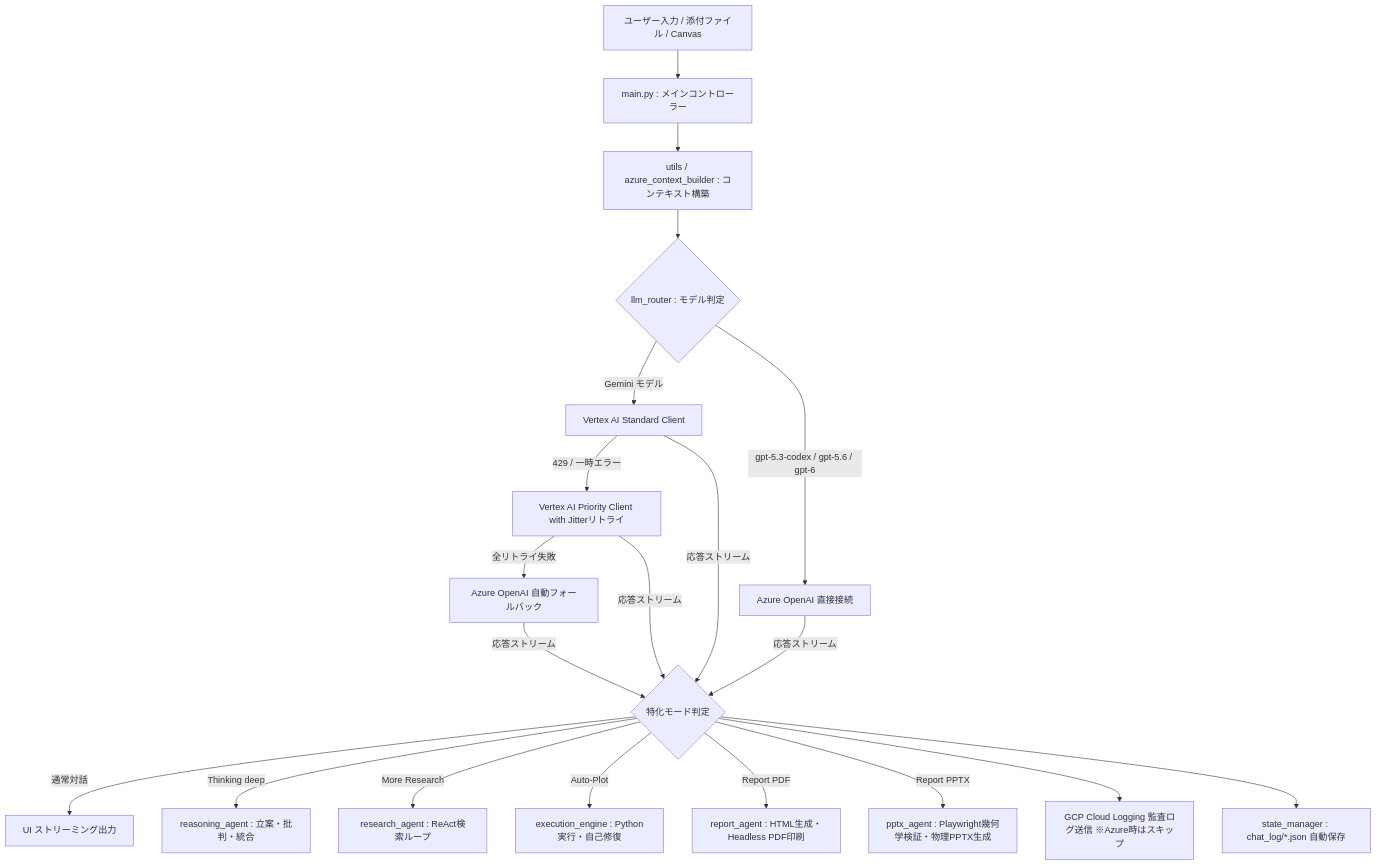
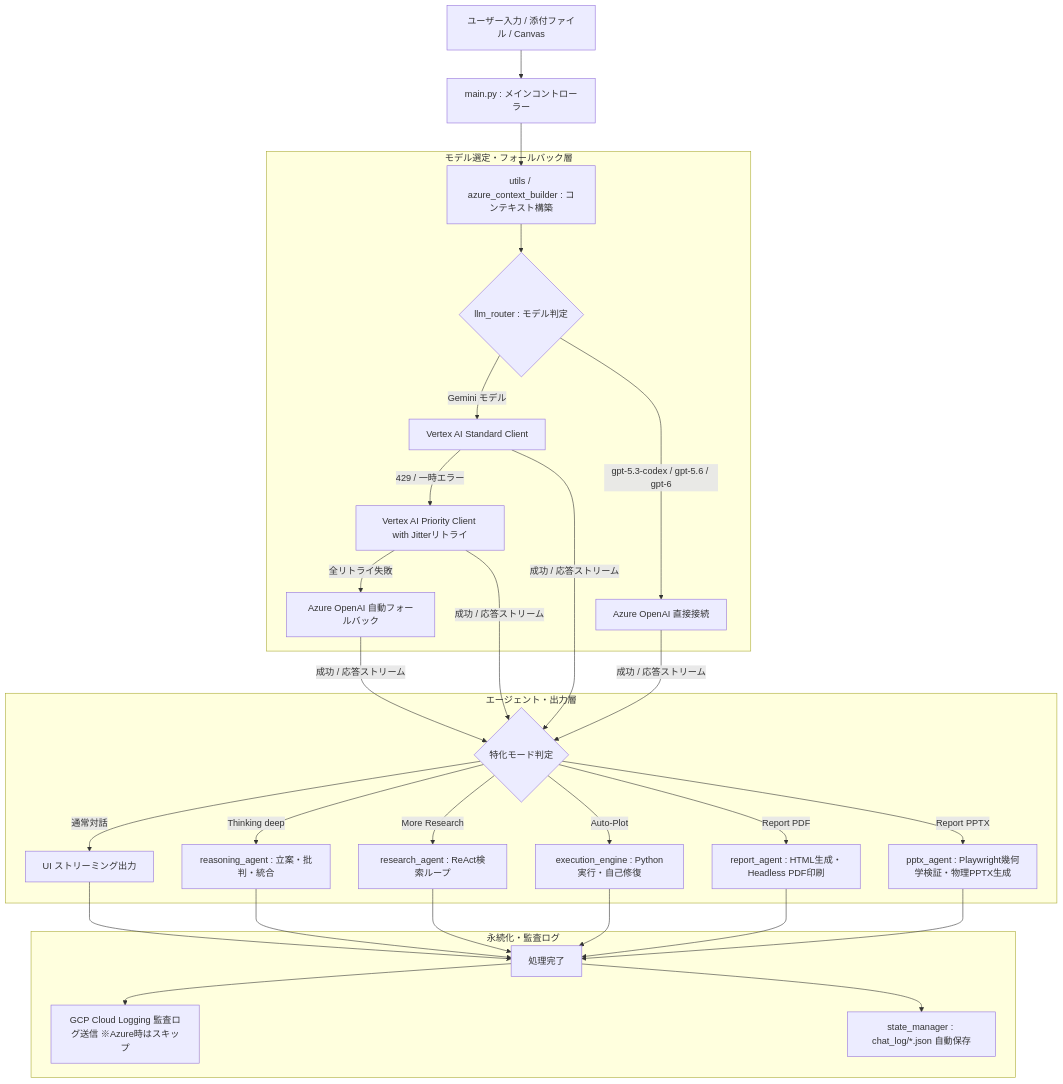
One commit to yoichi-1984/GP-chat_With_Streamlit changed the diagram in README.md. Above: the diagram before and after it, drawn with Mermaid.

Commit message:
refactor(docs): README.md の Mermaid をサブグラフ構造・共通後処理フローに整理し NBSP を完全排除

````diff
--- a/README.md
+++ b/README.md
@@ -64,27 +64,34 @@
 ```mermaid
 flowchart TD
     User["ユーザー入力 / 添付ファイル / Canvas"] --> Main["main.py : メインコントローラー"]
     Main --> Builder["utils / azure_context_builder : コンテキスト構築"]
     
-    Builder --> Router{"llm_router : モデル判定"}
-    Router -->|Gemini モデル| StandardClient["Vertex AI Standard Client"]
-    Router -->|gpt-5.3-codex / gpt-5.6 / gpt-6| AzureDirect["Azure OpenAI 直接接続"]
-    
-    StandardClient -->|429 / 一時エラー| PriorityClient["Vertex AI Priority Client with Jitterリトライ"]
-    PriorityClient -->|全リトライ失敗| AzureFallback["Azure OpenAI 自動フォールバック"]
-    
-    StandardClient -->|応答ストリーム| AgentRouter{"特化モード判定"}
-    PriorityClient -->|応答ストリーム| AgentRouter
-    AzureDirect -->|応答ストリーム| AgentRouter
-    AzureFallback -->|応答ストリーム| AgentRouter
-    
-    AgentRouter -->|通常対話| StreamUI["UI ストリーミング出力"]
-    AgentRouter -->|Thinking deep| DeepAgent["reasoning_agent : 立案・批判・統合"]
-    AgentRouter -->|More Research| ResearchAgent["research_agent : ReAct検索ループ"]
-    AgentRouter -->|Auto-Plot| PlotAgent["execution_engine : Python実行・自己修復"]
-    AgentRouter -->|Report PDF| PdfAgent["report_agent : HTML生成・Headless PDF印刷"]
-    AgentRouter -->|Report PPTX| PptxAgent["pptx_agent : Playwright幾何学検証・物理PPTX生成"]
-    
-    AgentRouter --> CloudLogging["GCP Cloud Logging 監査ログ送信 ※Azure時はスキップ"]
-    AgentRouter --> AutoSave["state_manager : chat_log/*.json 自動保存"]
+    subgraph Routing ["モデル選定・フォールバック層"]
+        Builder --> Router{"llm_router : モデル判定"}
+        Router -->|Gemini モデル| StandardClient["Vertex AI Standard Client"]
+        Router -->|gpt-5.3-codex / gpt-5.6 / gpt-6| AzureDirect["Azure OpenAI 直接接続"]
+        
+        StandardClient -->|429 / 一時エラー| PriorityClient["Vertex AI Priority Client with Jitterリトライ"]
+        PriorityClient -->|全リトライ失敗| AzureFallback["Azure OpenAI 自動フォールバック"]
+    end
+
+    StandardClient -->|成功 / 応答ストリーム| AgentRouter{"特化モード判定"}
+    PriorityClient -->|成功 / 応答ストリーム| AgentRouter
+    AzureDirect -->|成功 / 応答ストリーム| AgentRouter
+    AzureFallback -->|成功 / 応答ストリーム| AgentRouter
+
+    subgraph Agents ["エージェント・出力層"]
+        AgentRouter -->|通常対話| StreamUI["UI ストリーミング出力"]
+        AgentRouter -->|Thinking deep| DeepAgent["reasoning_agent : 立案・批判・統合"]
+        AgentRouter -->|More Research| ResearchAgent["research_agent : ReAct検索ループ"]
+        AgentRouter -->|Auto-Plot| PlotAgent["execution_engine : Python実行・自己修復"]
+        AgentRouter -->|Report PDF| PdfAgent["report_agent : HTML生成・Headless PDF印刷"]
+        AgentRouter -->|Report PPTX| PptxAgent["pptx_agent : Playwright幾何学検証・物理PPTX生成"]
+    end
+
+    subgraph PostProcess ["永続化・監査ログ"]
+        StreamUI & DeepAgent & ResearchAgent & PlotAgent & PdfAgent & PptxAgent --> Complete["処理完了"]
+        Complete --> CloudLogging["GCP Cloud Logging 監査ログ送信 ※Azure時はスキップ"]
+        Complete --> AutoSave["state_manager : chat_log/*.json 自動保存"]
+    end
 ```
````
